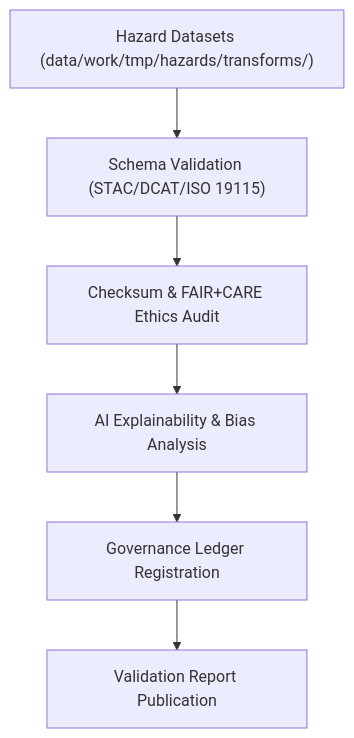
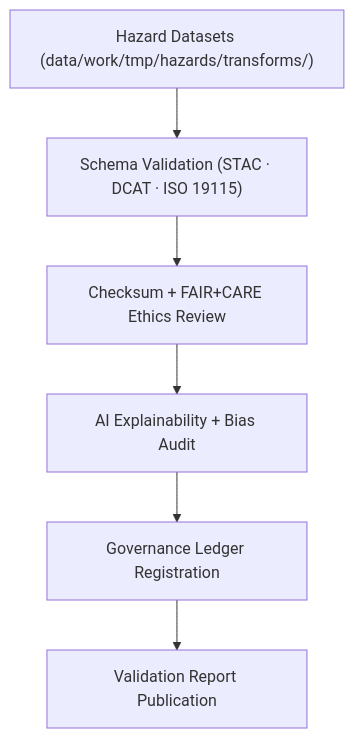
Before and after one commit to bartytime4life/Kansas-Frontier-Matrix: the diagram in data/work/tmp/hazards/logs/validation/README.md, drawn with Mermaid. The commit also changed other lines of this file, not shown here.

````diff
--- a/data/work/tmp/hazards/logs/validation/README.md
+++ b/data/work/tmp/hazards/logs/validation/README.md
@@ -65,8 +66,8 @@
 ```mermaid
 flowchart TD
-    A["Hazard Datasets (data/work/tmp/hazards/transforms/)"] --> B["Schema Validation (STAC/DCAT/ISO 19115)"]
-    B --> C["Checksum & FAIR+CARE Ethics Audit"]
-    C --> D["AI Explainability & Bias Analysis"]
+    A["Hazard Datasets (data/work/tmp/hazards/transforms/)"] --> B["Schema Validation (STAC · DCAT · ISO 19115)"]
+    B --> C["Checksum + FAIR+CARE Ethics Review"]
+    C --> D["AI Explainability + Bias Audit"]
     D --> E["Governance Ledger Registration"]
     E --> F["Validation Report Publication"]
 ```
````
